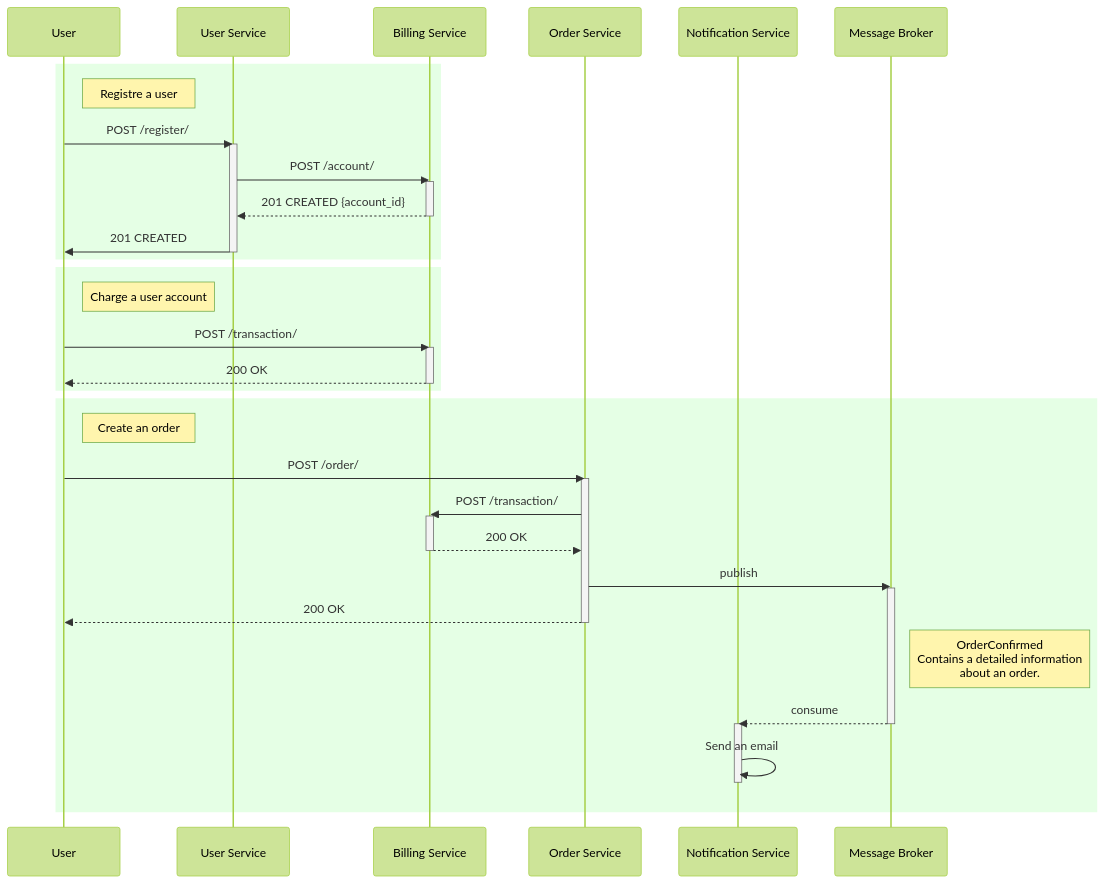
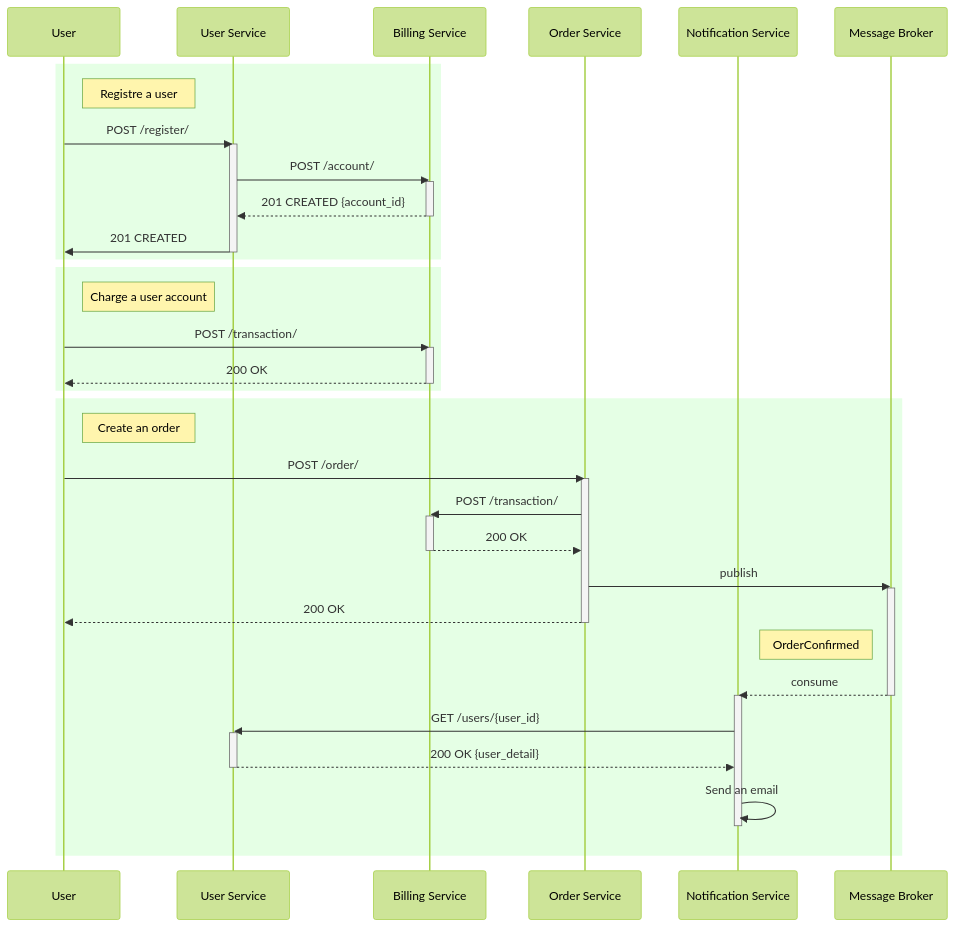
The diagram in doc/mb-notifications/sequence-diagram.mmd (adalekin/otusstreamprocessing), drawn with Mermaid (forest theme) before and after one commit. The commit also changed 3 other files, not shown here.

Commit message:
Event communication using a message broker for notifications

```diff
--- a/doc/mb-notifications/sequence-diagram.mmd
+++ b/doc/mb-notifications/sequence-diagram.mmd
@@ -1,56 +1,62 @@
 sequenceDiagram
     participant User
     participant UserService as User Service
     participant BillingService as Billing Service
     participant OrderService as Order Service
     participant NotificationService as Notification Service
     participant MessageBroker as Message Broker
 
     rect rgba(0, 255, 0, .1)
         note right of User: Registre a user
         User ->> UserService: POST /register/
 
         activate UserService
             UserService ->> BillingService: POST /account/
 
             activate BillingService
                 BillingService -->> UserService: 201 CREATED {account_id}
             deactivate BillingService
 
             UserService ->> User: 201 CREATED
         deactivate UserService
     end
 
     rect rgba(0, 255, 0, .1)
         note right of User: Charge a user account
         User ->> BillingService: POST /transaction/
 
         activate BillingService
             BillingService -->> User: 200 OK
         deactivate BillingService
     end
 
     rect rgba(0, 255, 0, .1)
         note right of User: Create an order
         User ->> OrderService: POST /order/
         activate OrderService
             OrderService ->> BillingService: POST /transaction/
 
             activate BillingService
                 BillingService -->> OrderService: 200 OK
             deactivate BillingService
 
             OrderService ->> MessageBroker: publish
             activate MessageBroker
 
             OrderService -->> User: 200 OK
         deactivate OrderService
 
-            note right of MessageBroker: OrderConfirmed<br/>Contains a detailed information<br/>about an order.
+            note left of MessageBroker: OrderConfirmed
             MessageBroker -->> NotificationService: consume
         deactivate MessageBroker
 
         activate NotificationService
+            NotificationService ->> UserService: GET /users/{user_id}
+
+            activate UserService
+                UserService -->> NotificationService: 200 OK {user_detail}
+            deactivate UserService
+
             NotificationService ->> NotificationService: Send an email
         deactivate NotificationService
     end
```
